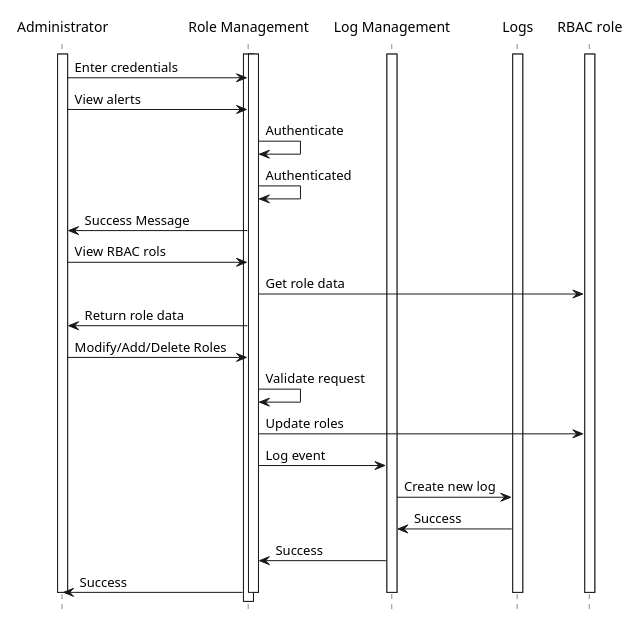
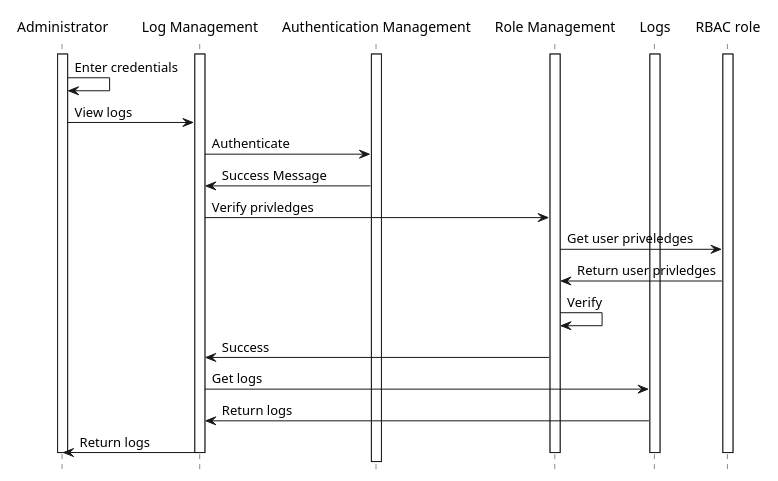
Before and after one commit to kailashsrirang/3a04-deliverable3: the diagram in seq-diag/BE5.puml, drawn with PlantUML. The commit also changed 1 other file, not shown here.

```diff
--- a/seq-diag/BE5.puml
+++ b/seq-diag/BE5.puml
@@ -2,55 +2,48 @@
 @startuml
 
 hide footbox
 
 skinparam ParticipantBorderColor transparent
 skinparam ParticipantBackgroundColor transparent
 skinparam ActorBorderColor transparent
 skinparam ActorBackgroundColor transparent
 
 participant "Administrator" as A
-participant "Role Management" as AM
+participant "Log Management" as LM
 participant "Authentication Management" as AM
-participant "Log Management" as LM
+participant "Role Management" as RM
 participant "Logs" as DB
 participant "RBAC role" as RBAC
 
 
 activate A
-activate AM
+activate RM
 activate AM
 activate RBAC
 activate DB
 activate LM
 
-A -> AM : Enter credentials
-A -> AM : View alerts
-AM -> AM : Authenticate
-AM -> AM : Authenticated
-AM -> A : Success Message
-A -> AM : View RBAC rols
-AM -> RBAC : Get role data
-AM -> A : Return role data
-
-A->AM : Modify/Add/Delete Roles
-AM->AM : Validate request
-AM -> RBAC : Update roles
-AM -> LM : Log event
-LM -> DB : Create new log
-DB -> LM : Success
-LM -> AM : Success
-AM -> A : Success
-
-
+A -> A : Enter credentials
+A -> LM : View logs
+LM -> AM : Authenticate
+AM -> LM : Success Message
+LM -> RM : Verify privledges
+RM -> RBAC : Get user priveledges
+RBAC -> RM : Return user privledges
+RM -> RM : Verify
+RM -> LM : Success
+LM -> DB : Get logs
+DB -> LM : Return logs
+LM -> A : Return logs
 
 deactivate A
-deactivate AM
+deactivate RM
 deactivate RBAC
 deactivate DB
 deactivate LM
 
 
 
 
 
 @enduml
```
